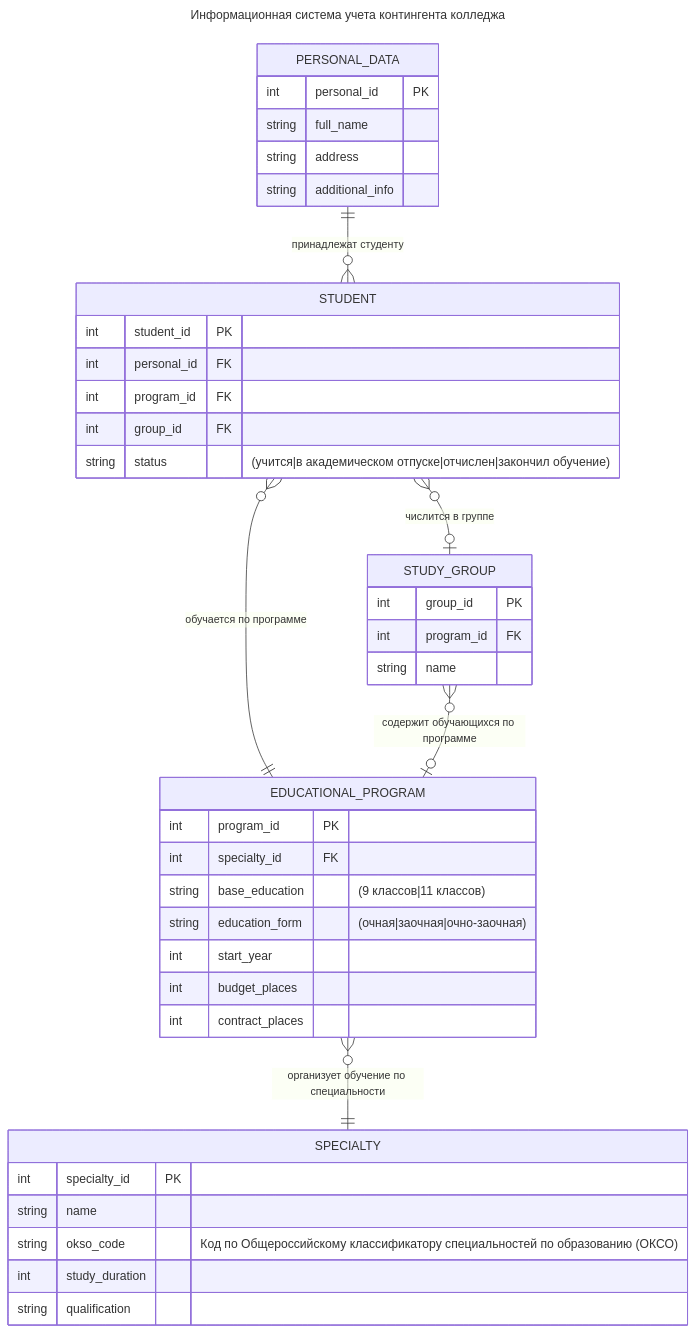
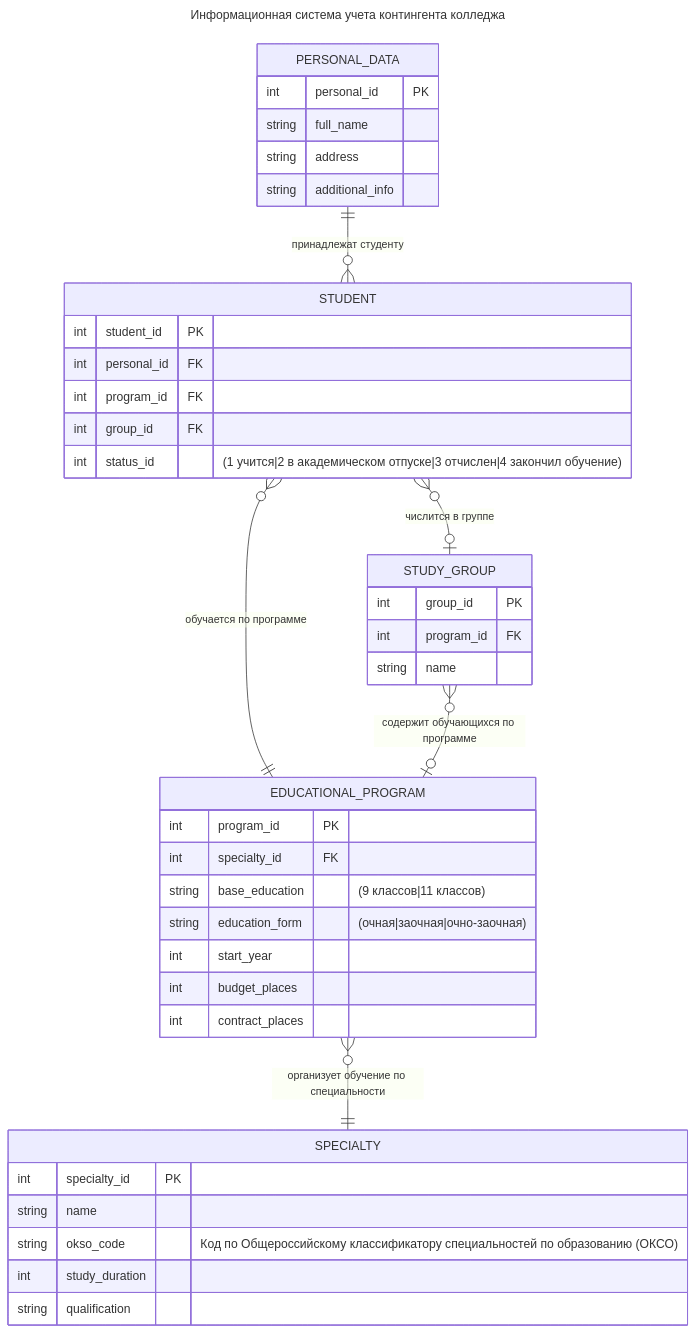
The diagram in er.md (debrsky/college), drawn with Mermaid before and after one commit.

Commit message:
refactor status field to use integer IDs

````diff
--- a/er.md
+++ b/er.md
@@ -1,58 +1,58 @@
 ```mermaid
 ---
 title: Информационная система учета контингента колледжа
 ---
 %% Диаграмма описывает основные сущности для учета студентов в колледже
 %% Добавить
 %% 1) Хранение истории статусов
 %% 2) Образовательные программы дополнительного образования
 %% 3) Учесть возможность перевода с одной образовательной программы на другую
 %% 4) Сущность Договор
 
 erDiagram
     EDUCATIONAL_PROGRAM {
         int program_id PK
         int specialty_id FK
         string base_education "(9 классов|11 классов)"
         string education_form "(очная|заочная|очно-заочная)"
         int start_year
         int budget_places
         int contract_places
     }
     
     SPECIALTY {
         int specialty_id PK
         string name
         string okso_code "Код по Общероссийскому классификатору специальностей по образованию (ОКСО)"
         int study_duration
         string qualification
     }
     
     PERSONAL_DATA {
         int personal_id PK
         string full_name
         string address
         string additional_info
     }
     
     STUDENT {
         int student_id PK
         int personal_id FK
         int program_id FK
         int group_id FK
-        string status "(учится|в академическом отпуске|отчислен|закончил обучение)"
+        int status_id "(1 учится|2 в академическом отпуске|3 отчислен|4 закончил обучение)"
     }
     
     STUDY_GROUP {
         int group_id PK
         int program_id FK
         string name
     }
 
     PERSONAL_DATA ||--o{ STUDENT: "принадлежат студенту"
     STUDENT }o--|| EDUCATIONAL_PROGRAM   : "обучается по программе"
     STUDENT }o--o| STUDY_GROUP : "числится в группе"
     STUDY_GROUP }o--o| EDUCATIONAL_PROGRAM : "содержит обучающихся по программе"
     EDUCATIONAL_PROGRAM }o--|| SPECIALTY : "организует обучение по специальности"
 
 ```
````
